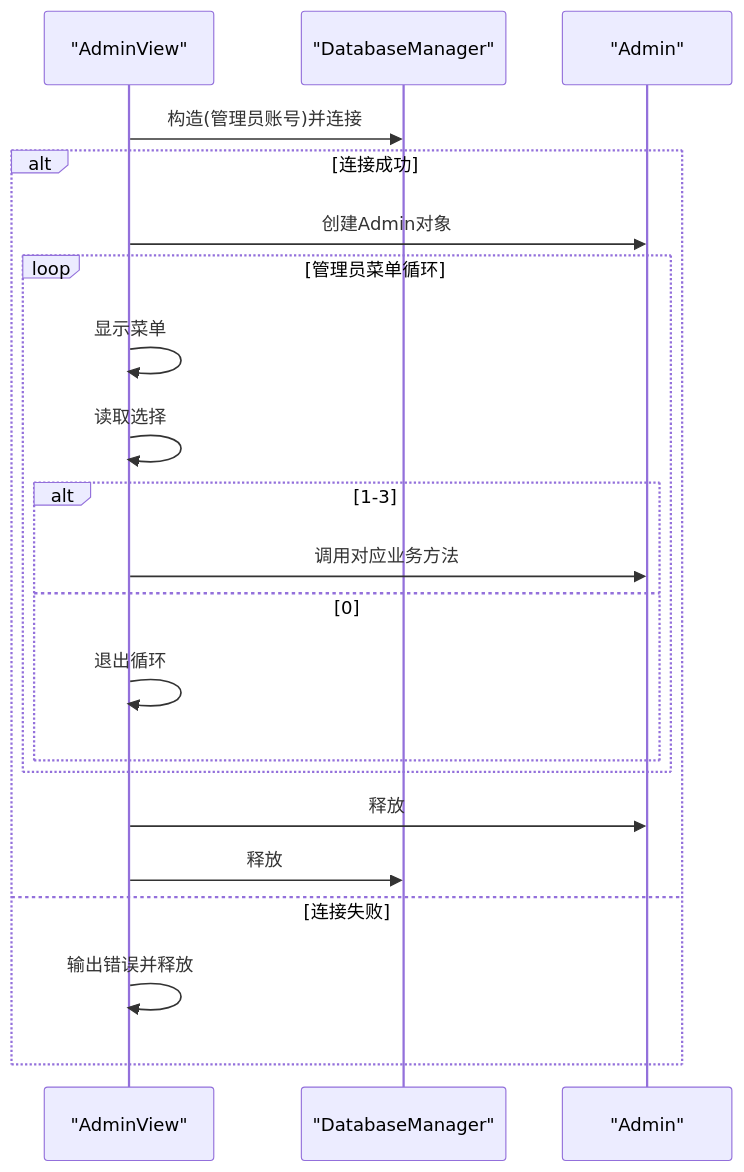
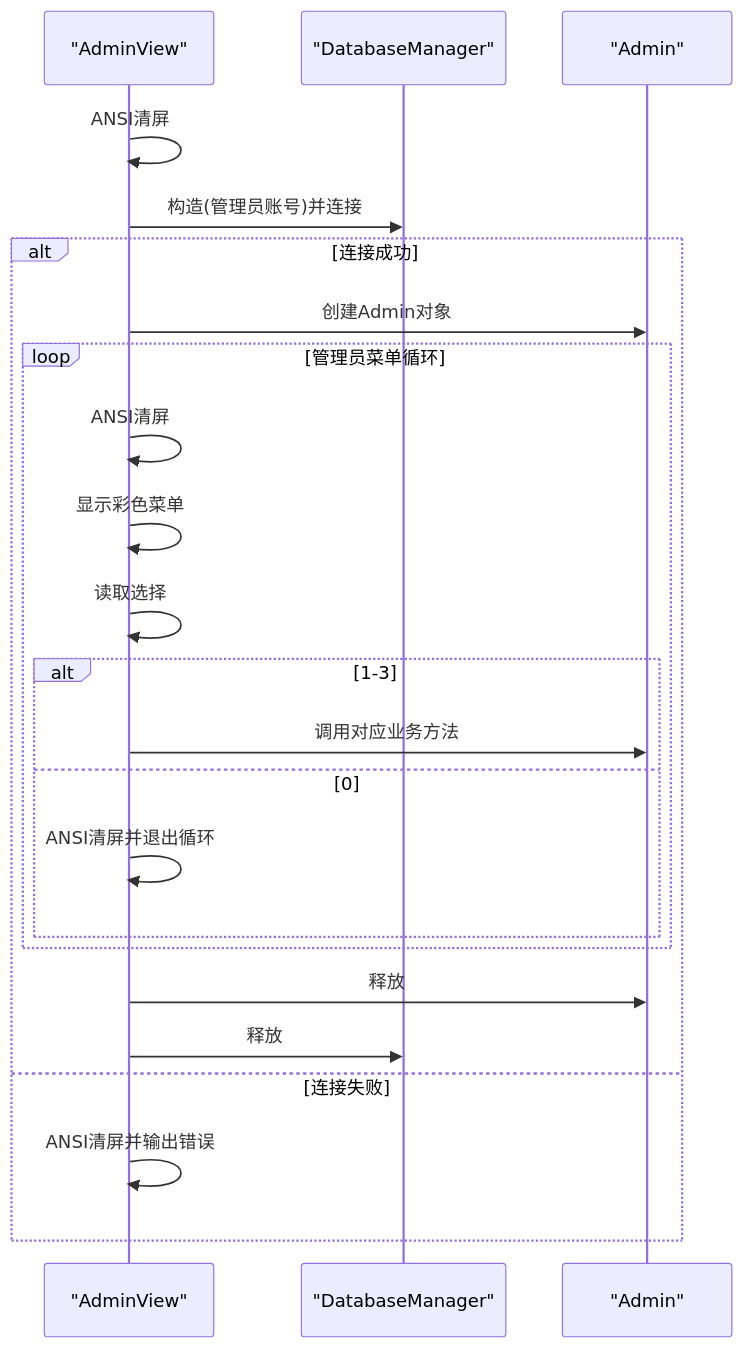
The fourth of 7 diagrams in .qoder/repowiki/zh/content/系统架构设计/视图管理层设计.md (jinpeng900/OJ-Test), drawn with Mermaid before and after one commit. The commit also changed other lines of this file and 5 other files, not shown here.

````diff
--- a/.qoder/repowiki/zh/content/系统架构设计/视图管理层设计.md
+++ b/.qoder/repowiki/zh/content/系统架构设计/视图管理层设计.md
@@ -192,23 +219,25 @@
 ```mermaid
 sequenceDiagram
 participant A as "AdminView"
 participant D as "DatabaseManager"
 participant AD as "Admin"
+A->>A : ANSI清屏
 A->>D : 构造(管理员账号)并连接
 alt 连接成功
 A->>AD : 创建Admin对象
 loop 管理员菜单循环
-A->>A : 显示菜单
+A->>A : ANSI清屏
+A->>A : 显示彩色菜单
 A->>A : 读取选择
 alt 1-3
 A->>AD : 调用对应业务方法
 else 0
-A->>A : 退出循环
+A->>A : ANSI清屏并退出循环
 end
 end
 A->>AD : 释放
 A->>D : 释放
 else 连接失败
-A->>A : 输出错误并释放
+A->>A : ANSI清屏并输出错误
 end
 ```
````
